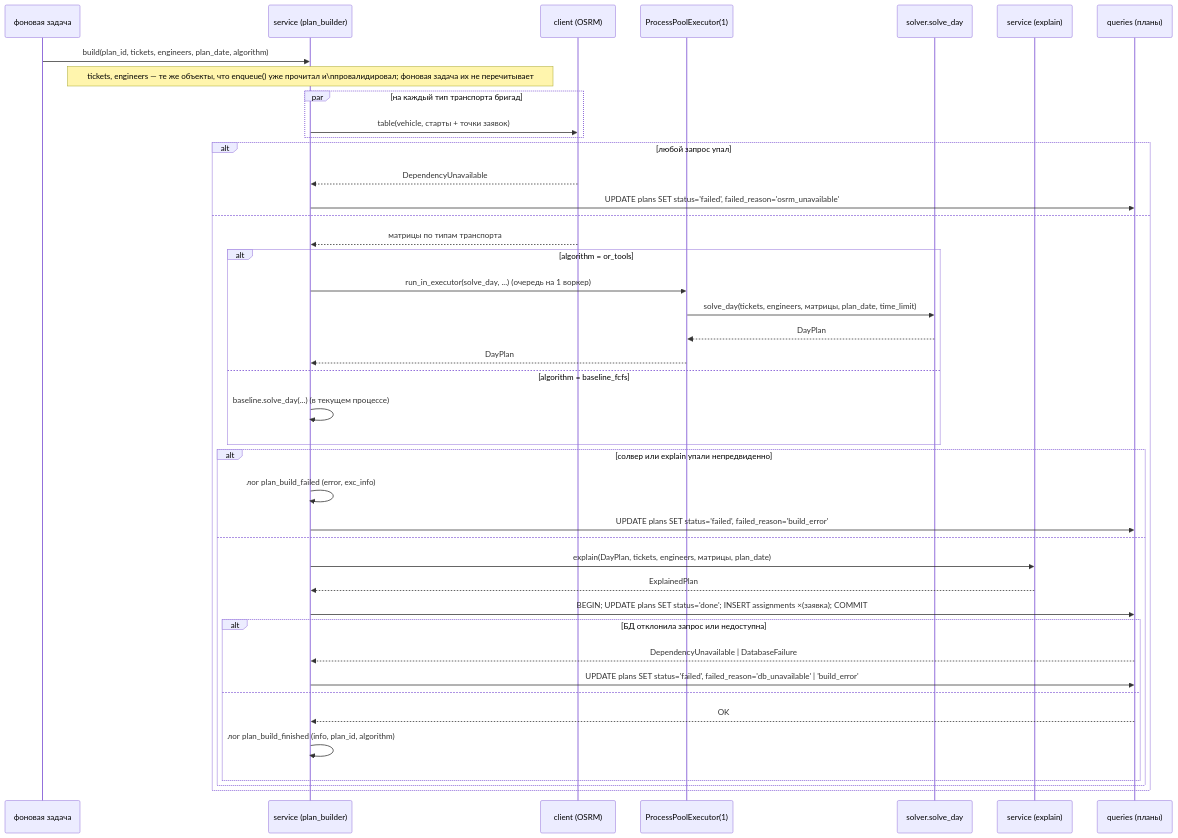
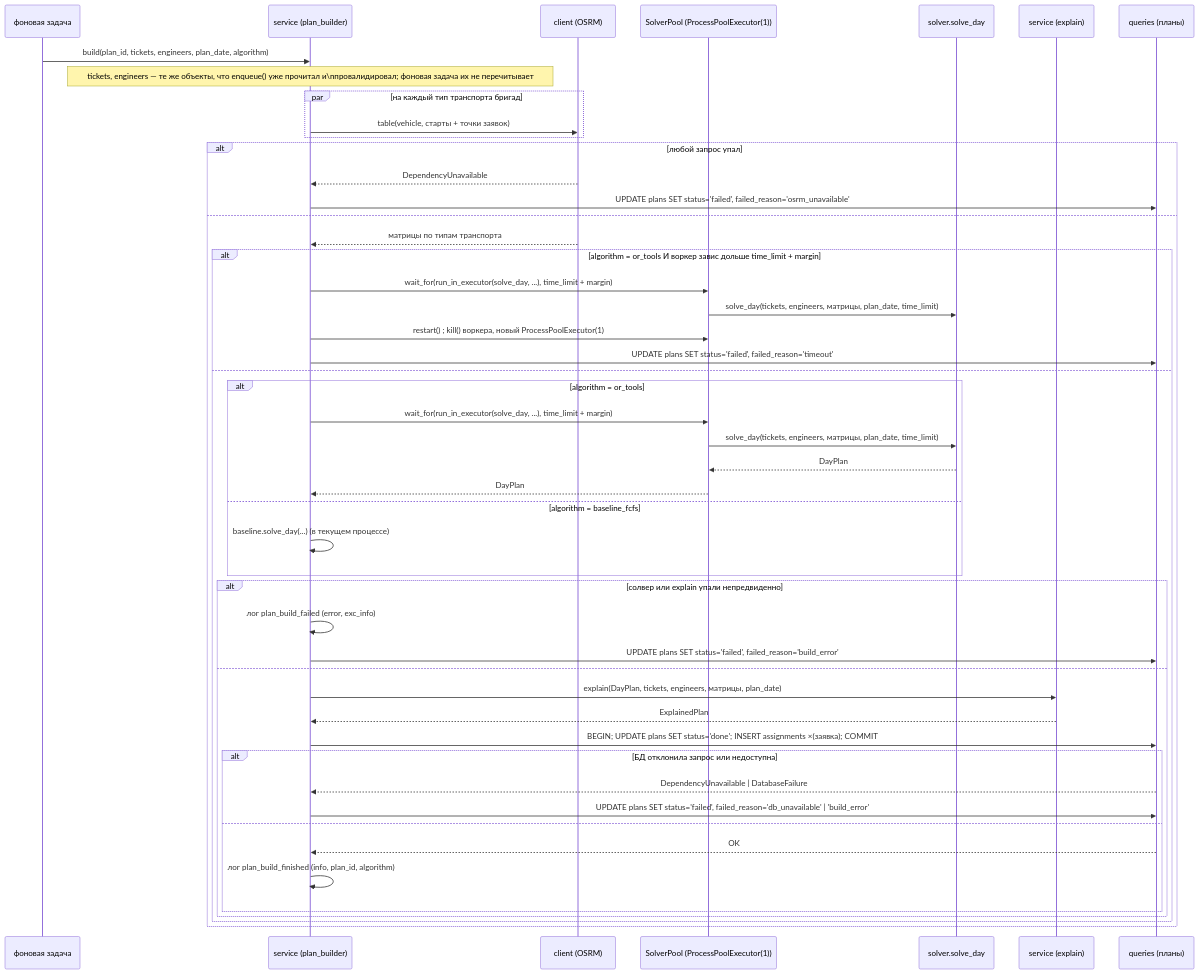
The fifth of 8 diagrams in back/src/service/sequence_diagrams.md (vseminoy/engineer_route_plan), drawn with Mermaid before and after one commit. The commit also changed other lines of this file and 1 other file, not shown here.

Commit message:
chore(cloud): changeset 19 checkpoint — watchdog/shutdown contract + diagrams

````diff
--- a/back/src/service/sequence_diagrams.md
+++ b/back/src/service/sequence_diagrams.md
@@ -605,45 +620,52 @@
 ```mermaid
 sequenceDiagram
     participant BG as фоновая задача
     participant Builder as service (plan_builder)
     participant OSRM as client (OSRM)
-    participant Pool as ProcessPoolExecutor(1)
+    participant Pool as SolverPool (ProcessPoolExecutor(1))
     participant Solver as solver.solve_day
     participant Explain as service (explain)
     participant Repo as queries (планы)
 
     BG->>Builder: build(plan_id, tickets, engineers, plan_date, algorithm)
     note over Builder: tickets, engineers — те же объекты, что enqueue() уже прочитал и\nпровалидировал#59; фоновая задача их не перечитывает
     par на каждый тип транспорта бригад
         Builder->>OSRM: table(vehicle, старты + точки заявок)
     end
     alt любой запрос упал
         OSRM-->>Builder: DependencyUnavailable
         Builder->>Repo: UPDATE plans SET status='failed', failed_reason='osrm_unavailable'
     else
         OSRM-->>Builder: матрицы по типам транспорта
-        alt algorithm = or_tools
-            Builder->>Pool: run_in_executor(solve_day, ...) (очередь на 1 воркер)
+        alt algorithm = or_tools И воркер завис дольше time_limit + margin
+            Builder->>Pool: wait_for(run_in_executor(solve_day, ...), time_limit + margin)
             Pool->>Solver: solve_day(tickets, engineers, матрицы, plan_date, time_limit)
-            Solver-->>Pool: DayPlan
-            Pool-->>Builder: DayPlan
-        else algorithm = baseline_fcfs
-            Builder->>Builder: baseline.solve_day(...) (в текущем процессе)
-        end
-        alt солвер или explain упали непредвиденно
-            Builder->>Builder: лог plan_build_failed (error, exc_info)
-            Builder->>Repo: UPDATE plans SET status='failed', failed_reason='build_error'
+            Builder->>Pool: restart() #59; kill() воркера, новый ProcessPoolExecutor(1)
+            Builder->>Repo: UPDATE plans SET status='failed', failed_reason='timeout'
         else
-            Builder->>Explain: explain(DayPlan, tickets, engineers, матрицы, plan_date)
-            Explain-->>Builder: ExplainedPlan
-            Builder->>Repo: BEGIN#59; UPDATE plans SET status='done'#59; INSERT assignments ×(заявка)#59; COMMIT
-            alt БД отклонила запрос или недоступна
-                Repo-->>Builder: DependencyUnavailable | DatabaseFailure
-                Builder->>Repo: UPDATE plans SET status='failed', failed_reason='db_unavailable' | 'build_error'
+            alt algorithm = or_tools
+                Builder->>Pool: wait_for(run_in_executor(solve_day, ...), time_limit + margin)
+                Pool->>Solver: solve_day(tickets, engineers, матрицы, plan_date, time_limit)
+                Solver-->>Pool: DayPlan
+                Pool-->>Builder: DayPlan
+            else algorithm = baseline_fcfs
+                Builder->>Builder: baseline.solve_day(...) (в текущем процессе)
+            end
+            alt солвер или explain упали непредвиденно
+                Builder->>Builder: лог plan_build_failed (error, exc_info)
+                Builder->>Repo: UPDATE plans SET status='failed', failed_reason='build_error'
             else
-                Repo-->>Builder: OK
-                Builder->>Builder: лог plan_build_finished (info, plan_id, algorithm)
+                Builder->>Explain: explain(DayPlan, tickets, engineers, матрицы, plan_date)
+                Explain-->>Builder: ExplainedPlan
+                Builder->>Repo: BEGIN#59; UPDATE plans SET status='done'#59; INSERT assignments ×(заявка)#59; COMMIT
+                alt БД отклонила запрос или недоступна
+                    Repo-->>Builder: DependencyUnavailable | DatabaseFailure
+                    Builder->>Repo: UPDATE plans SET status='failed', failed_reason='db_unavailable' | 'build_error'
+                else
+                    Repo-->>Builder: OK
+                    Builder->>Builder: лог plan_build_finished (info, plan_id, algorithm)
+                end
             end
         end
     end
 ```
````
